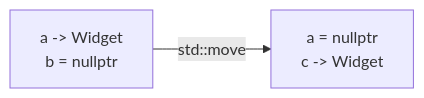
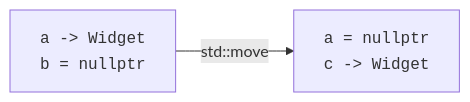
The first of 3 diagrams in content/learn/from-zero-to-cpp/smart-pointers.mdx (dataslope/dataslope), drawn with Mermaid before and after one commit. The commit also changed 56 other files, not shown here.

````diff
--- a/content/learn/from-zero-to-cpp/smart-pointers.mdx
+++ b/content/learn/from-zero-to-cpp/smart-pointers.mdx
@@ -61,6 +61,6 @@
 ```mermaid
 flowchart LR
-    Before["a -> Widget<br/>b = nullptr"]
-    After["a = nullptr<br/>c -> Widget"]
+    Before["<code>a -&gt; Widget</code><br/><code>b = nullptr</code>"]
+    After["<code>a = nullptr</code><br/><code>c -&gt; Widget</code>"]
     Before -- std::move --> After
 ```
````
